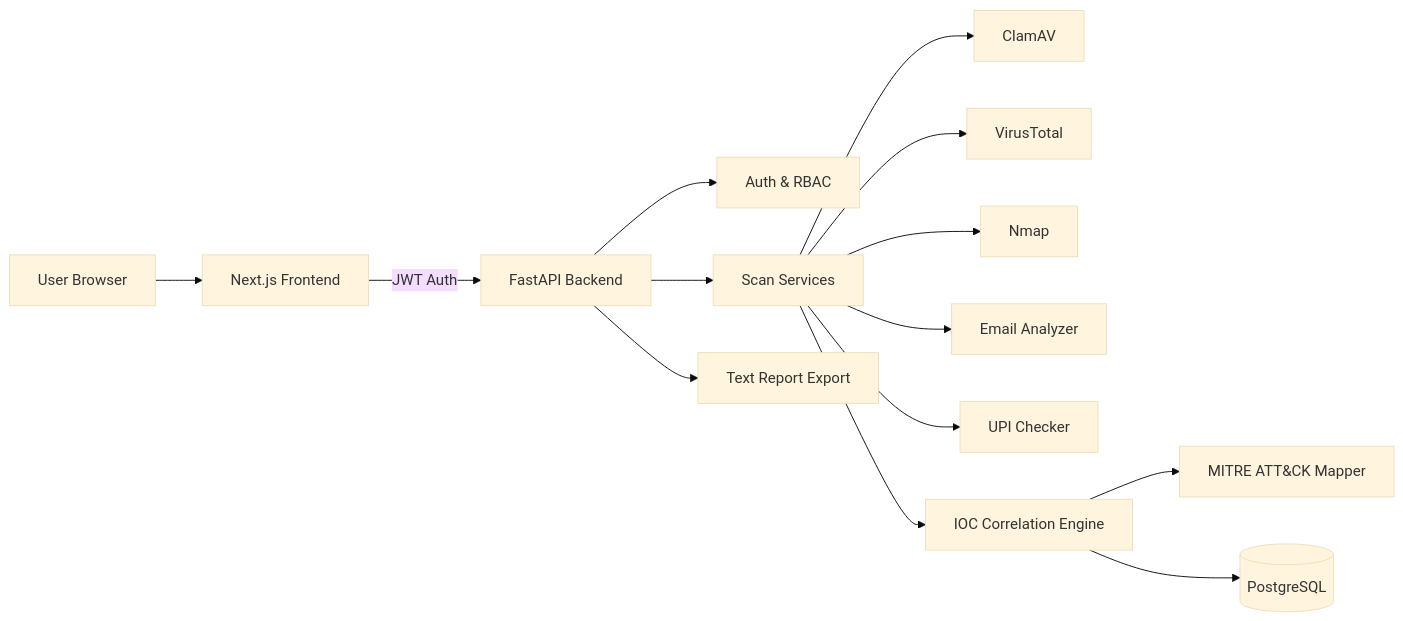
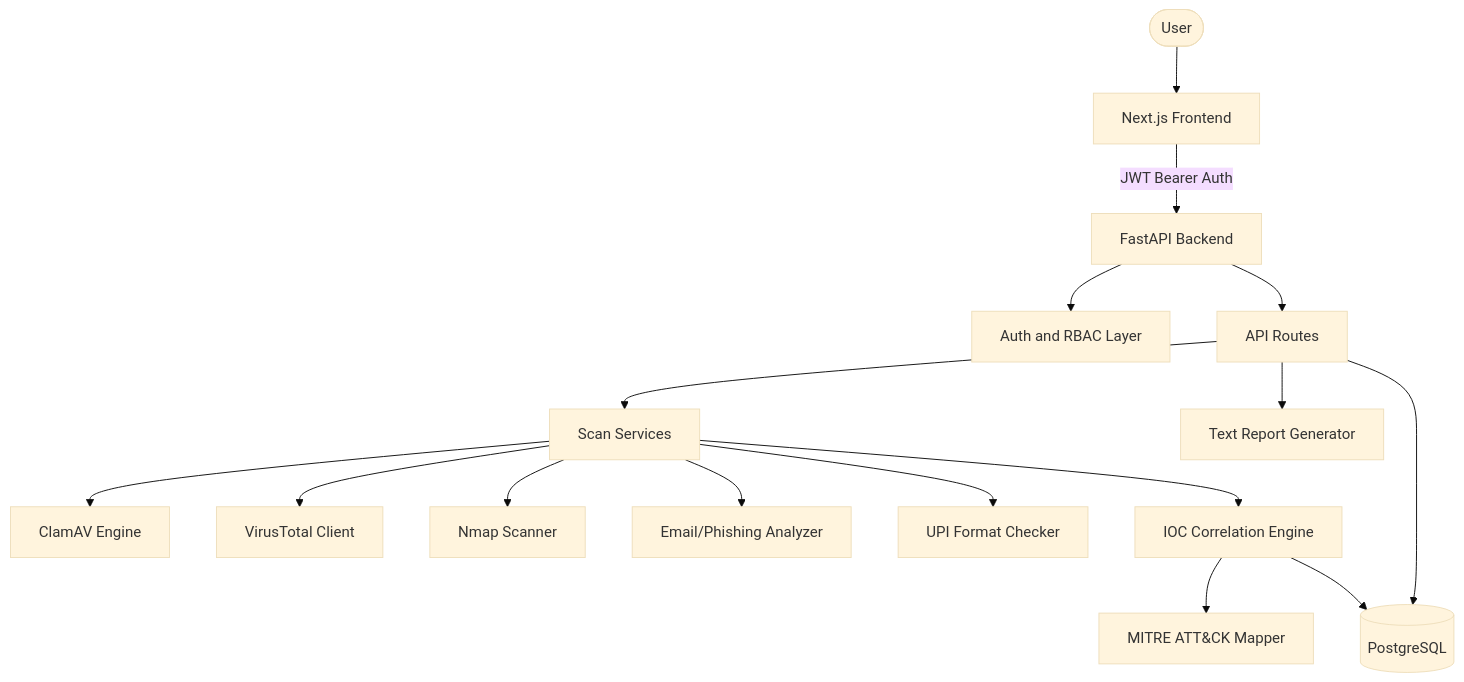
The diagram in README.md (nayefsiddique-eng/Vanguard-SME-Security-Suite), drawn with Mermaid (base theme) before and after one commit. The commit also changed other lines of this file, not shown here.

Commit message:
Add comprehensive professional README with architecture, API reference, and honest roadmap

````diff
--- a/README.md
+++ b/README.md
@@ -59,16 +73,22 @@
 ```mermaid
-flowchart LR
-    User[User Browser] --> FE[Next.js Frontend]
-    FE -->|JWT Auth| API[FastAPI Backend]
-    API --> Auth[Auth & RBAC]
-    API --> Scan[Scan Services]
-    Scan --> ClamAV[ClamAV]
-    Scan --> VT[VirusTotal]
-    Scan --> Nmap[Nmap]
-    Scan --> Email[Email Analyzer]
-    Scan --> UPI[UPI Checker]
+flowchart TB
+    User([User]) --> FE[Next.js Frontend]
+    FE -->|JWT Bearer Auth| API[FastAPI Backend]
+
+    API --> Auth[Auth and RBAC Layer]
+    API --> Routes[API Routes]
+
+    Routes --> Scan[Scan Services]
+    Scan --> ClamAV[ClamAV Engine]
+    Scan --> VT[VirusTotal Client]
+    Scan --> Nmap[Nmap Scanner]
+    Scan --> Email[Email/Phishing Analyzer]
+    Scan --> UPI[UPI Format Checker]
+
     Scan --> Correlation[IOC Correlation Engine]
     Correlation --> MITRE[MITRE ATT&CK Mapper]
     Correlation --> DB[(PostgreSQL)]
-    API --> Reports[Text Report Export]
+
+    Routes --> Reports[Text Report Generator]
+    Routes --> DB
 ```
````
